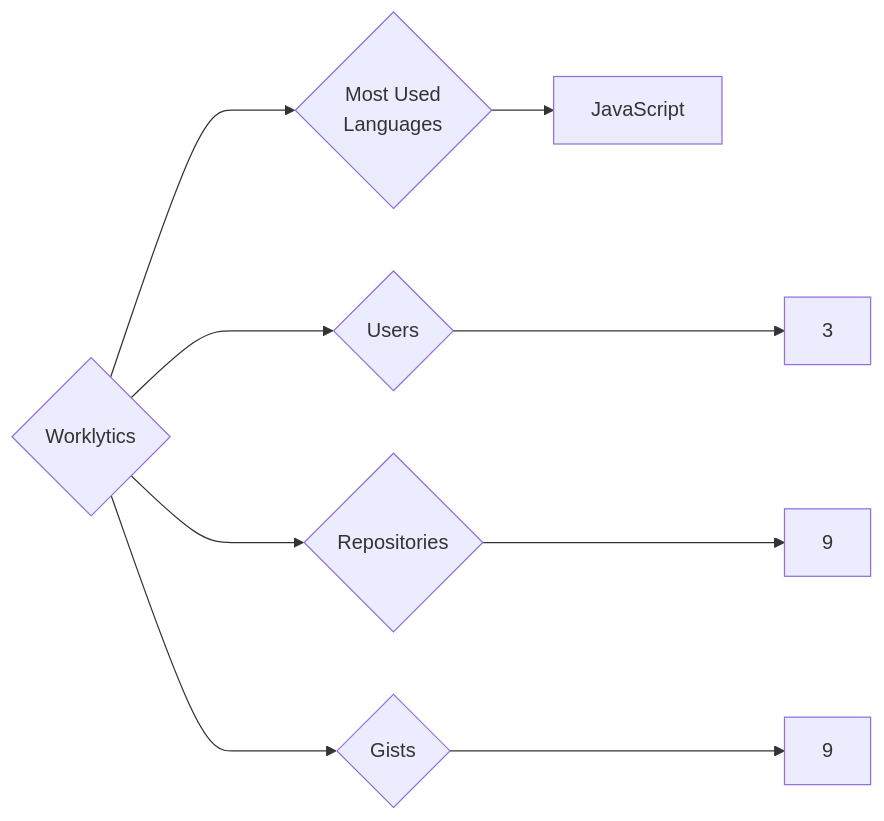
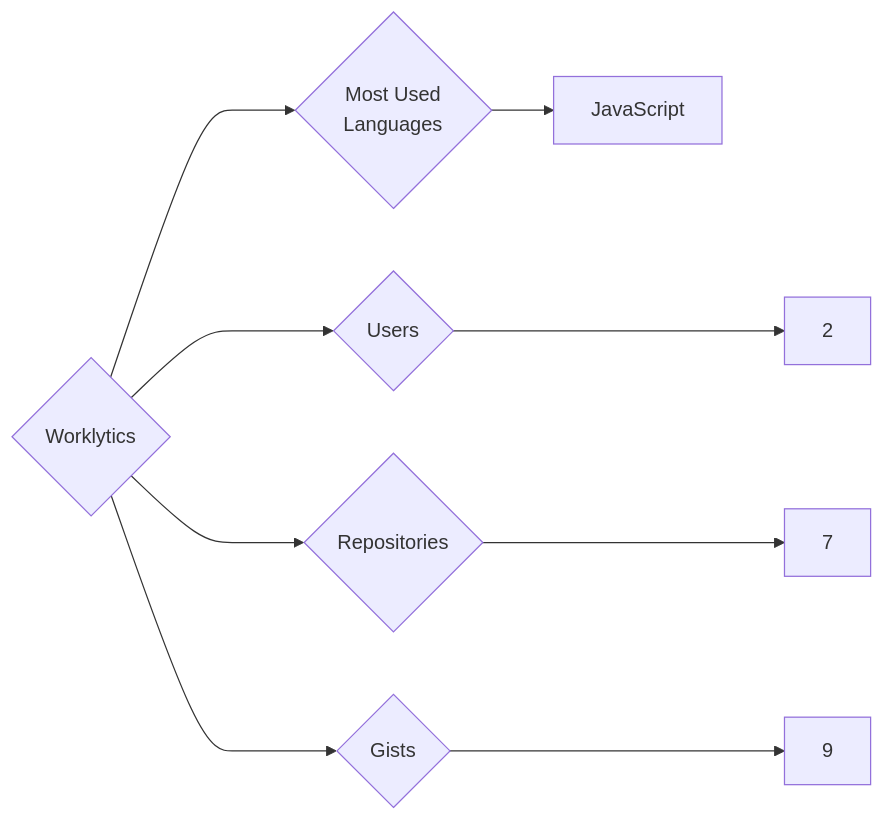
Before and after one commit to trickest/insiders: the diagram in targets/Worklytics/README.md, drawn with Mermaid. The commit also changed 964 other files, not shown here.

````diff
--- a/targets/Worklytics/README.md
+++ b/targets/Worklytics/README.md
@@ -3,9 +3,9 @@
 ```mermaid
 graph LR
 COMPANY_NAME{Worklytics}
-COMPANY_NAME ---> U{Users} ---> UN[3]
-COMPANY_NAME ---> R{Repositories} ---> RN[9]
+COMPANY_NAME ---> U{Users} ---> UN[2]
+COMPANY_NAME ---> R{Repositories} ---> RN[7]
 COMPANY_NAME ---> G{Gists} ---> GN[9]
 COMPANY_NAME ---> ML{Most Used<br>Languages}
 ML --> JavaScript[JavaScript]
 ```
````
